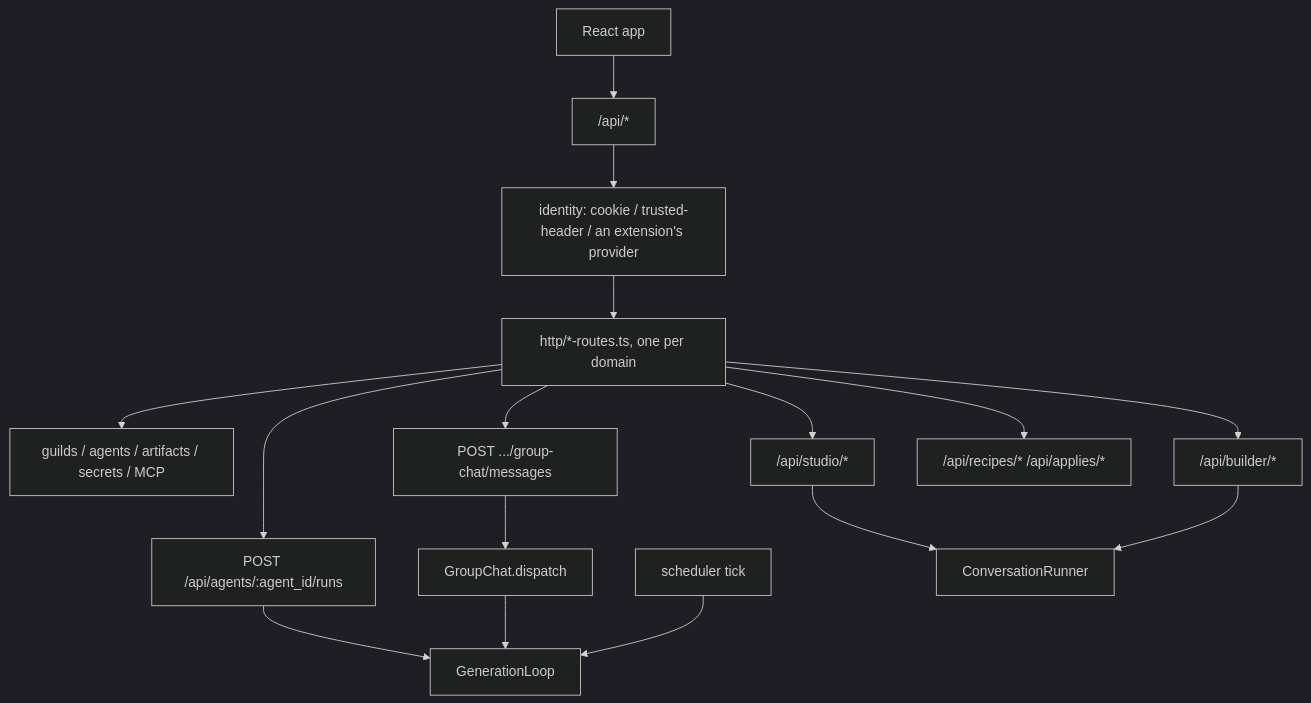
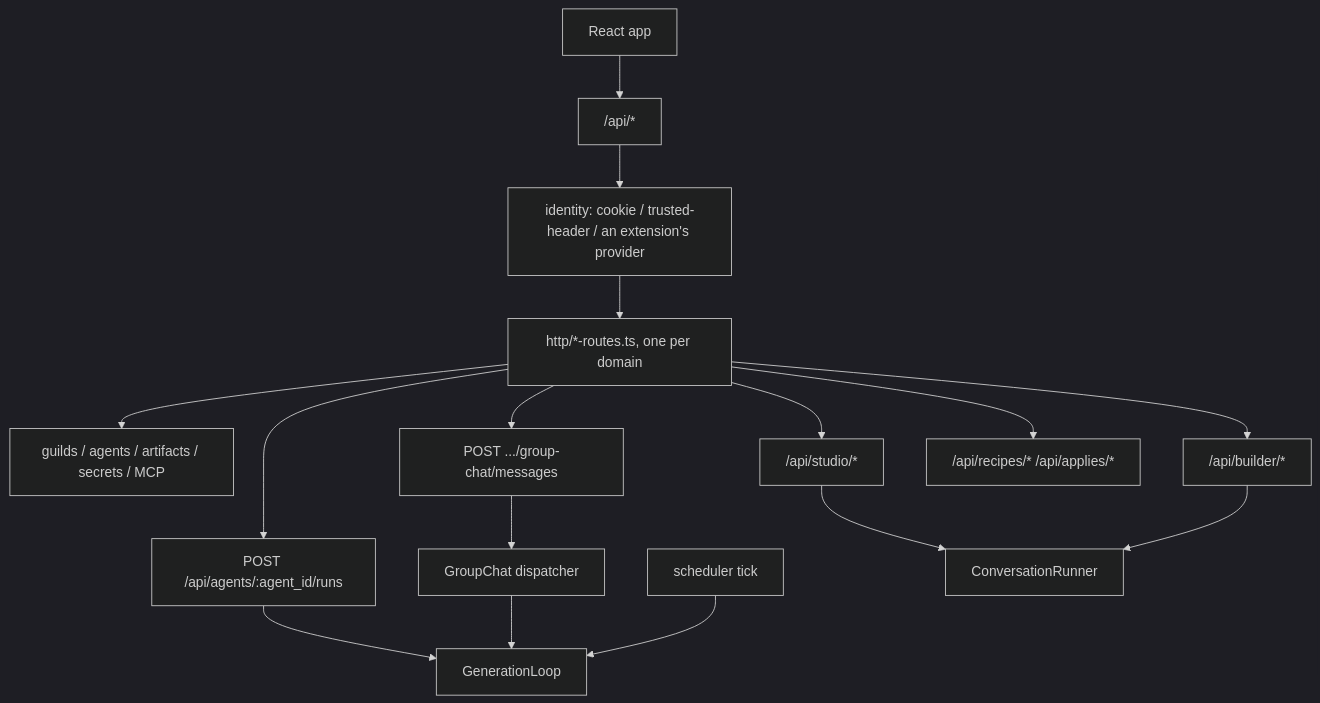
The second of 3 diagrams in docs/architecture/orchestrator.md (CigaleAI/guilds), drawn with Mermaid (dark theme) before and after one commit. The commit also changed other lines of this file and 66 other files, not shown here.

````diff
--- a/docs/architecture/orchestrator.md
+++ b/docs/architecture/orchestrator.md
@@ -225,18 +256,18 @@
 ```mermaid
 flowchart TD
   UI["React app"] --> API["/api/*"]
   API --> ID["identity: cookie / trusted-header / an extension's provider"]
   ID --> R["http/*-routes.ts, one per domain"]
   R --> CRUD["guilds / agents / artifacts / secrets / MCP"]
   R --> Run["POST /api/agents/:agent_id/runs"]
   R --> Group["POST .../group-chat/messages"]
   R --> Studio["/api/studio/*"]
   R --> Builder["/api/builder/*"]
   R --> Recipes["/api/recipes/* /api/applies/*"]
   Run --> GL["GenerationLoop"]
-  Group --> GC["GroupChat.dispatch"]
+  Group --> GC["GroupChat dispatcher"]
   GC --> GL
   Cron["scheduler tick"] --> GL
   Studio --> CR["ConversationRunner"]
   Builder --> CR
 ```
````
